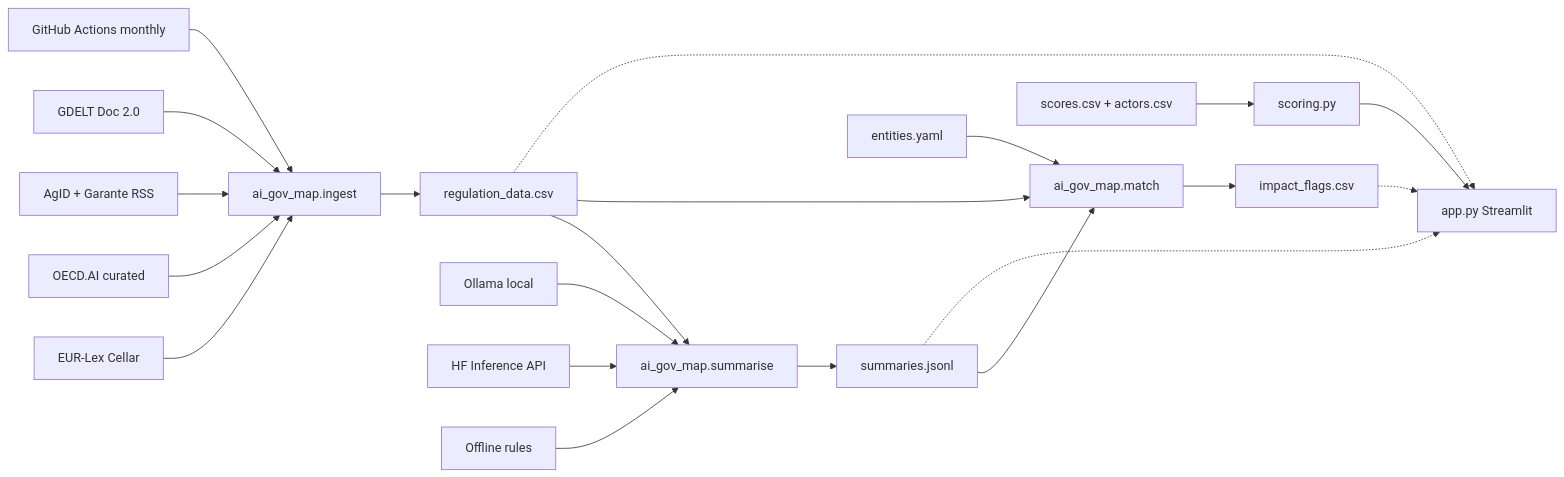
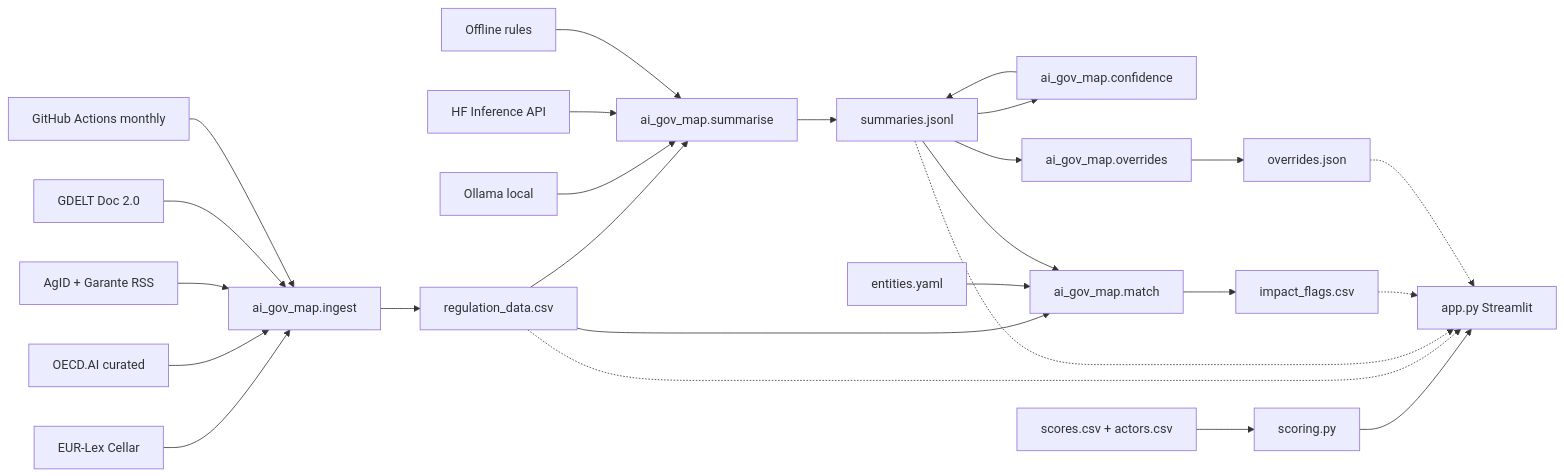
Before and after one commit to val-3ntin/AI_Governance_map: the diagram in README.md, drawn with Mermaid. The commit also changed other lines of this file and 11 other files, not shown here.

````diff
--- a/README.md
+++ b/README.md
@@ -29,23 +31,28 @@
 ```mermaid
 flowchart LR
   EUR[EUR-Lex Cellar] --> Ingest[ai_gov_map.ingest]
   OECD[OECD.AI curated] --> Ingest
   RSS[AgID + Garante RSS] --> Ingest
   GDELT[GDELT Doc 2.0] --> Ingest
   Ingest --> CSV[regulation_data.csv]
   CSV --> Sum[ai_gov_map.summarise]
   Ollama[Ollama local] --> Sum
   HF[HF Inference API] --> Sum
   Offline[Offline rules] --> Sum
   Sum --> JSONL[summaries.jsonl]
+  JSONL --> Conf[ai_gov_map.confidence]
+  Conf --> JSONL
   CSV --> Match[ai_gov_map.match]
   Ent[entities.yaml] --> Match
   JSONL --> Match
   Match --> Flags[impact_flags.csv]
+  JSONL --> Ov[ai_gov_map.overrides]
+  Ov --> Overrides[overrides.json]
   Scores[scores.csv + actors.csv] --> Score[scoring.py]
   Score --> App[app.py Streamlit]
   CSV -.-> App
   JSONL -.-> App
   Flags -.-> App
+  Overrides -.-> App
   GH[GitHub Actions monthly] --> Ingest
 ```
````
